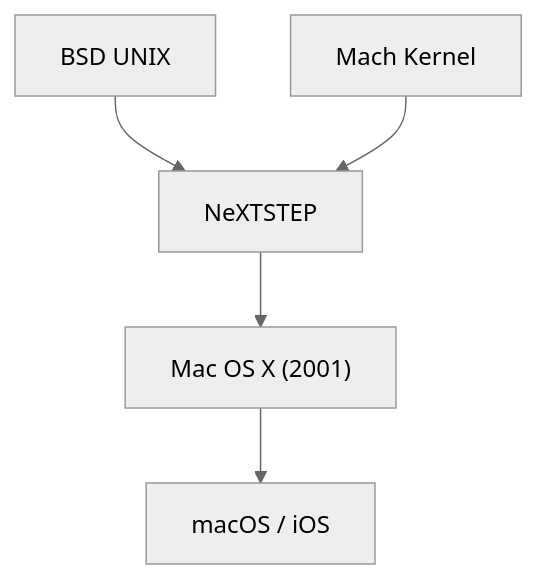
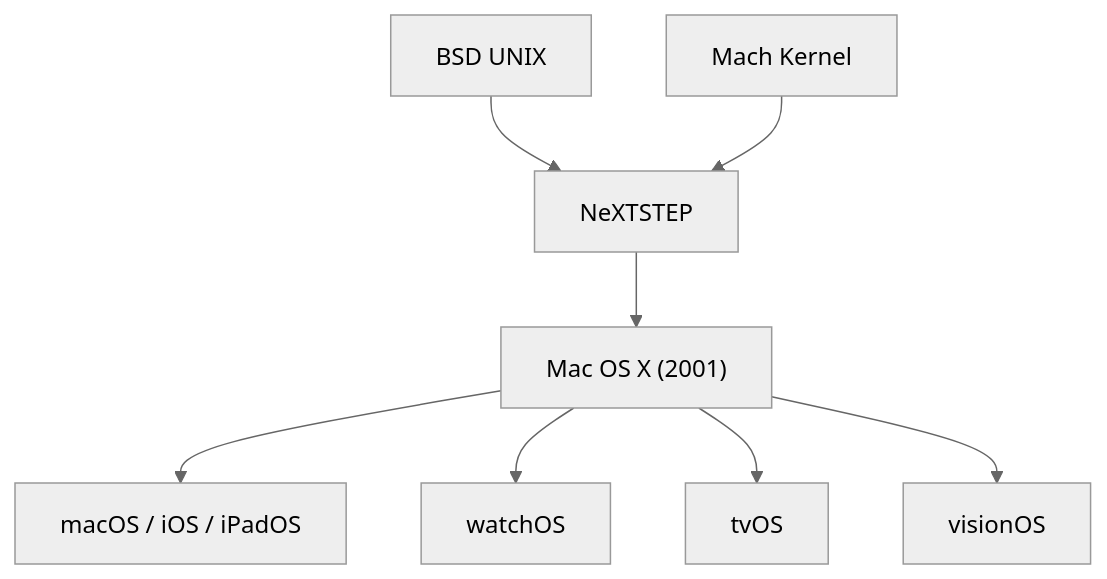
Before and after one commit to kenjinote/blog: the diagram in content/post/history-of-macos/index.md, drawn with Mermaid (neutral theme). The commit also changed other lines of this file and 276 other files, not shown here.

````diff
--- a/content/post/history-of-macos/index.md
+++ b/content/post/history-of-macos/index.md
@@ -23,7 +57,10 @@
 ```mermaid
 graph TD
     BSD["BSD UNIX"] --> NeXT["NeXTSTEP"]
     Mach["Mach Kernel"] --> NeXT
     NeXT --> OSX["Mac OS X (2001)"]
-    OSX --> macOS["macOS / iOS"]
+    OSX --> macOS["macOS / iOS / iPadOS"]
+    OSX --> watchOS["watchOS"]
+    OSX --> tvOS["tvOS"]
+    OSX --> visionOS["visionOS"]
 ```
````
